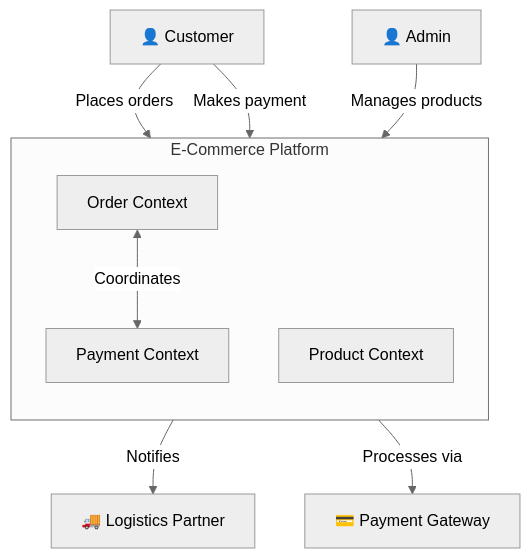
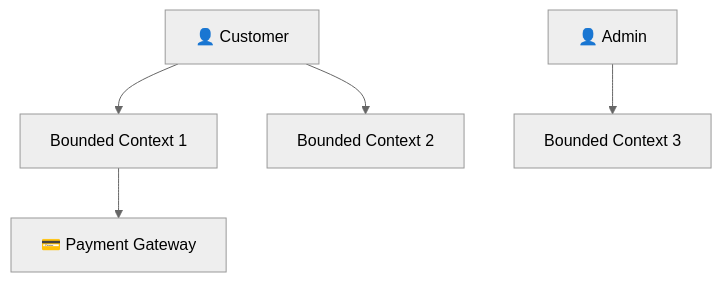
One commit to partme-ai/full-stack-skills changed the first of 2 diagrams in skills/ddd-skills/ddd-architecture-doc/SKILL.md. Above: the diagram before and after it, drawn with Mermaid (neutral theme). The commit also changed other lines of this file and 618 other files, not shown here.

````diff
--- a/skills/ddd-skills/ddd-architecture-doc/SKILL.md
+++ b/skills/ddd-skills/ddd-architecture-doc/SKILL.md
@@ -124,21 +70,7 @@
 ```mermaid
 graph TB
-    Customer["👤 Customer"]
-    Admin["👤 Admin"]
-    Logistics["🚚 Logistics Partner"]
-    PaymentGateway["💳 Payment Gateway"]
-
-    subgraph System["E-Commerce Platform"]
-        direction TB
-        OrderBC["Order Context"]
-        PaymentBC["Payment Context"]
-        ProductBC["Product Context"]
-    end
-
-    Customer -->|Places orders| OrderBC
-    Customer -->|Makes payment| PaymentBC
-    Admin -->|Manages products| ProductBC
-    OrderBC -->|Notifies| Logistics
-    PaymentBC -->|Processes via| PaymentGateway
-    OrderBC <-->|Coordinates| PaymentBC
+    Customer["👤 Customer"] --> BC1["Bounded Context 1"]
+    Customer --> BC2["Bounded Context 2"]
+    Admin["👤 Admin"] --> BC3["Bounded Context 3"]
+    BC1 --> PaymentGW["💳 Payment Gateway"]
 ```
````
